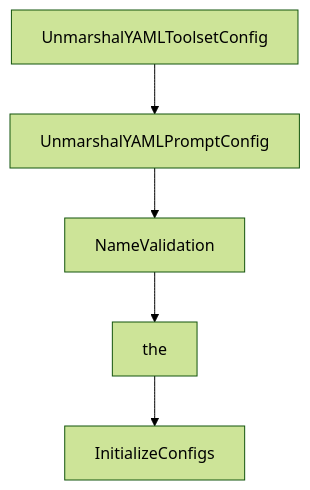
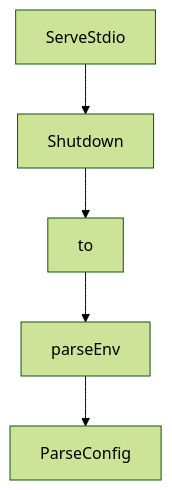
The diagram in tutorials/genai-toolbox-tutorial/03-tools-yaml-sources-tools-toolsets-prompts.md (johnxie/awesome-code-docs), drawn with Mermaid (forest theme) before and after one commit. The commit also changed other lines of this file and 1232 other files, not shown here.

````diff
--- a/tutorials/genai-toolbox-tutorial/03-tools-yaml-sources-tools-toolsets-prompts.md
+++ b/tutorials/genai-toolbox-tutorial/03-tools-yaml-sources-tools-toolsets-prompts.md
@@ -192,12 +167,12 @@
 ```mermaid
 flowchart TD
-    A[UnmarshalYAMLToolsetConfig]
-    B[UnmarshalYAMLPromptConfig]
-    C[NameValidation]
-    D[the]
-    E[InitializeConfigs]
+    A[ServeStdio]
+    B[Shutdown]
+    C[to]
+    D[parseEnv]
+    E[ParseConfig]
     A --> B
     B --> C
     C --> D
     D --> E
 ```
````
